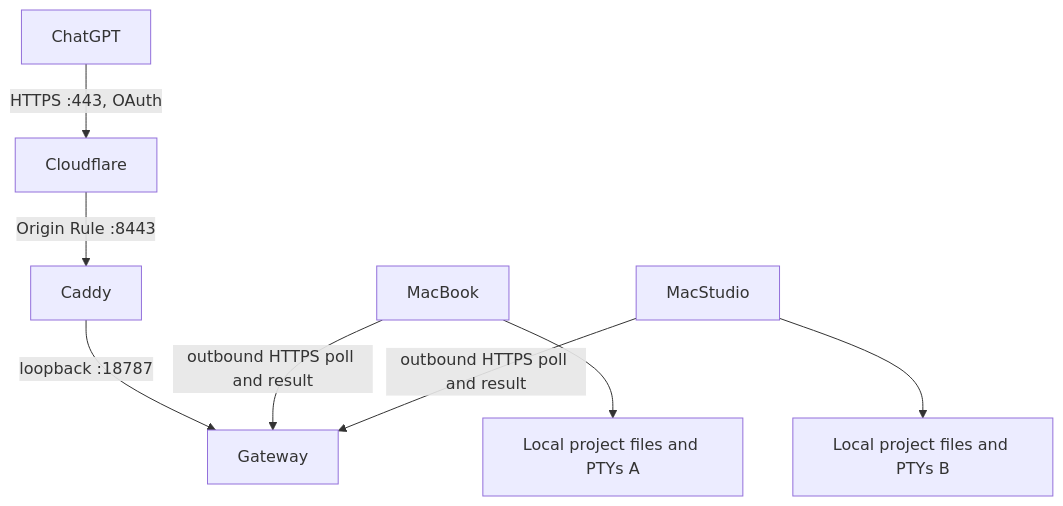
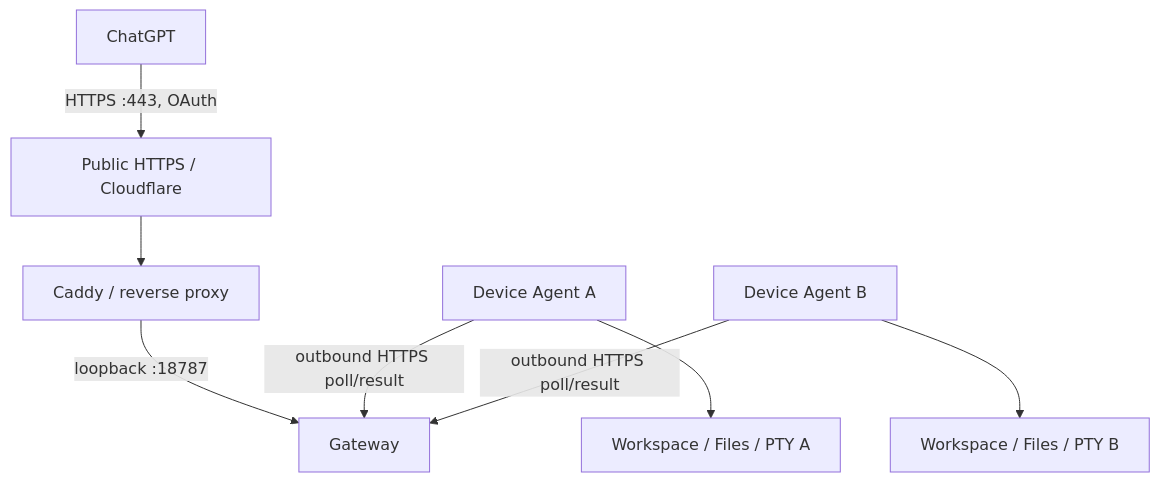
The diagram in docs/chatgpt-code-gateway.md (KingBright/remote_hosts), drawn with Mermaid before and after one commit. The commit also changed other lines of this file and 6 other files, not shown here.

````diff
--- a/docs/chatgpt-code-gateway.md
+++ b/docs/chatgpt-code-gateway.md
@@ -23,10 +23,10 @@
 ```mermaid
 flowchart TD
-  ChatGPT -->|HTTPS :443, OAuth| Cloudflare
-  Cloudflare -->|Origin Rule :8443| Caddy
-  Caddy -->|loopback :18787| Gateway
-  MacBook -->|outbound HTTPS poll and result| Gateway
-  MacStudio -->|outbound HTTPS poll and result| Gateway
-  MacBook --> FilesA[Local project files and PTYs A]
-  MacStudio --> FilesB[Local project files and PTYs B]
+  ChatGPT -->|HTTPS :443, OAuth| Edge[Public HTTPS / Cloudflare]
+  Edge --> Proxy[Caddy / reverse proxy]
+  Proxy -->|loopback :18787| Gateway
+  A[Device Agent A] -->|outbound HTTPS poll/result| Gateway
+  B[Device Agent B] -->|outbound HTTPS poll/result| Gateway
+  A --> FilesA[Workspace / Files / PTY A]
+  B --> FilesB[Workspace / Files / PTY B]
 ```
````
